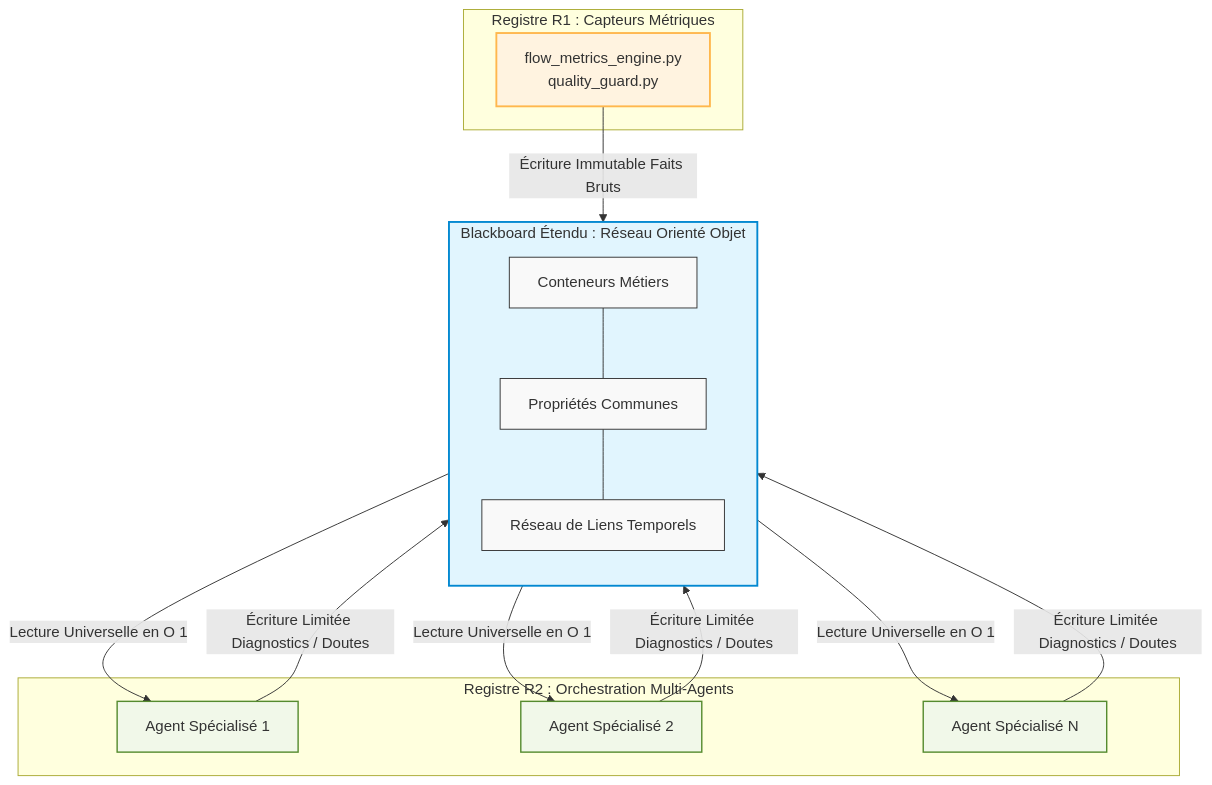
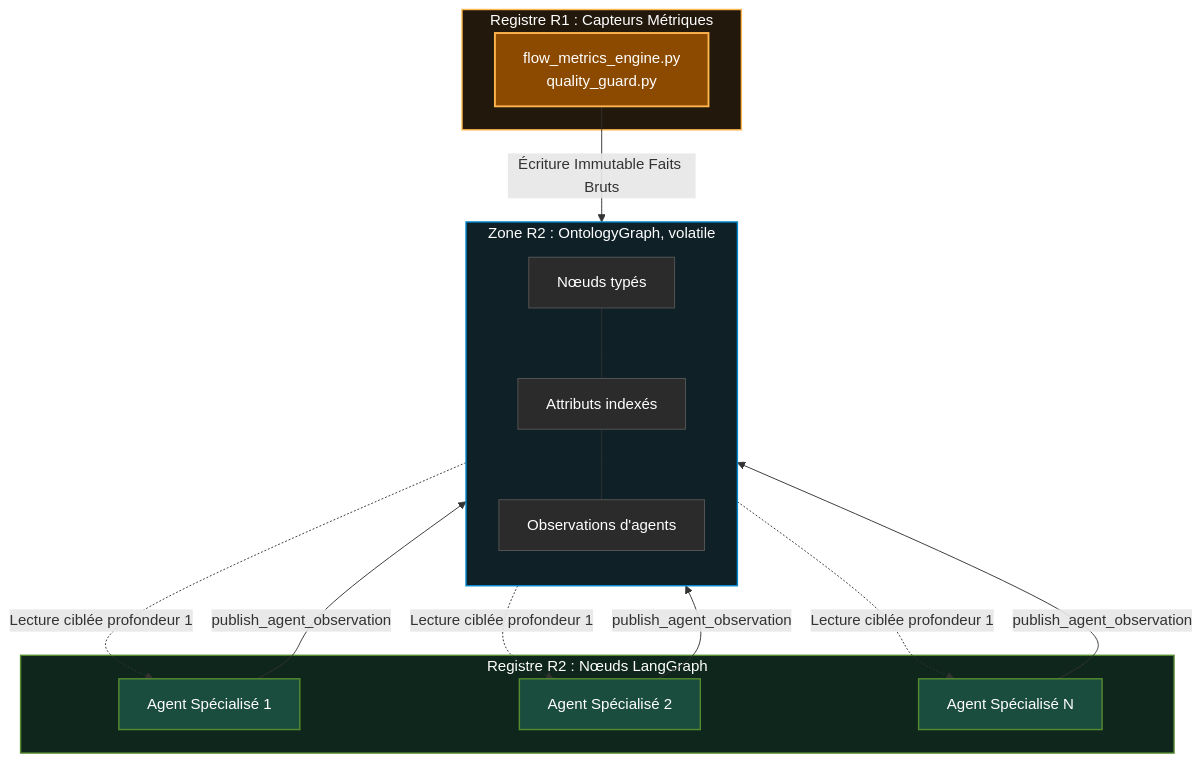
One commit to francklambinet-del/NeuroScaling changed the first of 2 diagrams in docs/02-moteur-architecture/cerveau-core.md. Above: the diagram before and after it, drawn with Mermaid. The commit also changed other lines of this file and 30 other files, not shown here.

````diff
--- a/docs/02-moteur-architecture/cerveau-core.md
+++ b/docs/02-moteur-architecture/cerveau-core.md
@@ -22,45 +22,50 @@
 ```mermaid
 graph TD
     %% Styles
-    classDef default fill:#f9f9f9,stroke:#333,stroke-width:1px;
-    classDef reg1 fill:#fff3e0,stroke:#ffb74d,stroke-width:2px;
-    classDef board fill:#e1f5fe,stroke:#0288d1,stroke-width:2px;
-    classDef agent fill:#f1f8e9,stroke:#558b2f,stroke-width:1.5px;
+    classDef default fill:#2b2b2b,stroke:#555,stroke-width:1px,color:#ffffff;
+    classDef reg1 fill:#8c4a00,stroke:#ffb74d,stroke-width:2px,color:#ffffff;
+    classDef board fill:#004b6e,stroke:#0288d1,stroke-width:2px,color:#ffffff;
+    classDef agent fill:#1b4d3e,stroke:#558b2f,stroke-width:1.5px,color:#ffffff;
+
+    %% Styles spécifiques pour les subgraphs
+    style R1 fill:#23180c,stroke:#ffb74d,stroke-width:1.5px,color:#ffffff;
+    style BB fill:#0f2027,stroke:#0288d1,stroke-width:1.5px,color:#ffffff;
+    style R2 fill:#0f261c,stroke:#558b2f,stroke-width:1.5px,color:#ffffff;
 
     %% Ingestion Registre R1
     subgraph R1 [Registre R1 : Capteurs Métriques]
         Capteurs[flow_metrics_engine.py<br/>quality_guard.py]
     end
 
-    %% Espace Central Mémoire
-    subgraph BB [Blackboard Étendu : Réseau Orienté Objet]
+    %% Zone R2
+    subgraph BB [Zone R2 : OntologyGraph, volatile]
         direction TB
-        Conteneurs[Conteneurs Métiers]
-        Proprietes[Propriétés Communes]
-        Liens[Réseau de Liens Temporels]
+        Conteneurs[Nœuds typés]
+        Proprietes[Attributs indexés]
+        Liens[Observations d'agents]
         Conteneurs --- Proprietes
         Proprietes --- Liens
     end
 
-    %% Abonnés de Couche 4
-    subgraph R2 [Registre R2 : Orchestration Multi-Agents]
+    %% Nœuds de Couche 4
+    subgraph R2 [Registre R2 : Nœuds LangGraph]
         A1[Agent Spécialisé 1]
         A2[Agent Spécialisé 2]
         A3[Agent Spécialisé N]
     end
 
     %% Interconnexions
     Capteurs -->|Écriture Immutable Faits Bruts| BB
-    BB -->|Lecture Universelle en O 1| A1
-    BB -->|Lecture Universelle en O 1| A2
-    BB -->|Lecture Universelle en O 1| A3
+    BB -.->|Lecture ciblée profondeur 1| A1
+    BB -.->|Lecture ciblée profondeur 1| A2
+    BB -.->|Lecture ciblée profondeur 1| A3
 
-    A1 -->|Écriture Limitée Diagnostics / Doutes| BB
-    A2 -->|Écriture Limitée Diagnostics / Doutes| BB
-    A3 -->|Écriture Limitée Diagnostics / Doutes| BB
+    A1 -->|publish_agent_observation| BB
+    A2 -->|publish_agent_observation| BB
+    A3 -->|publish_agent_observation| BB
 
     %% Assignation classes
     class Capteurs reg1;
     class BB board;
     class A1,A2,A3 agent;
 ```
````
